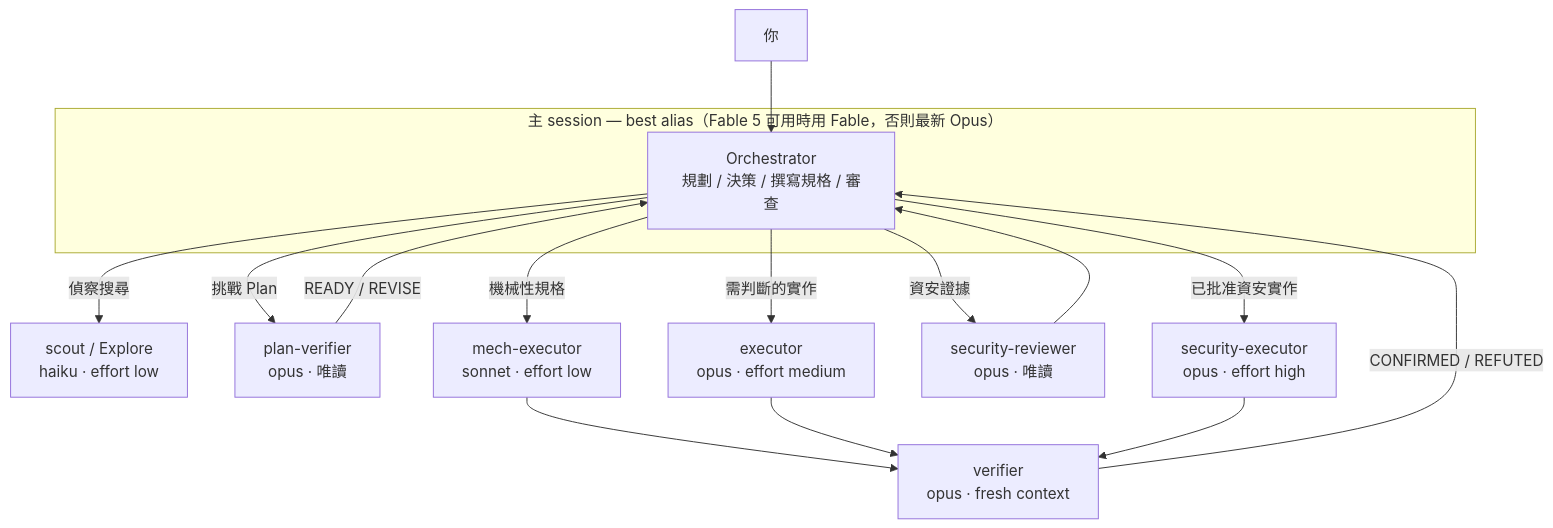
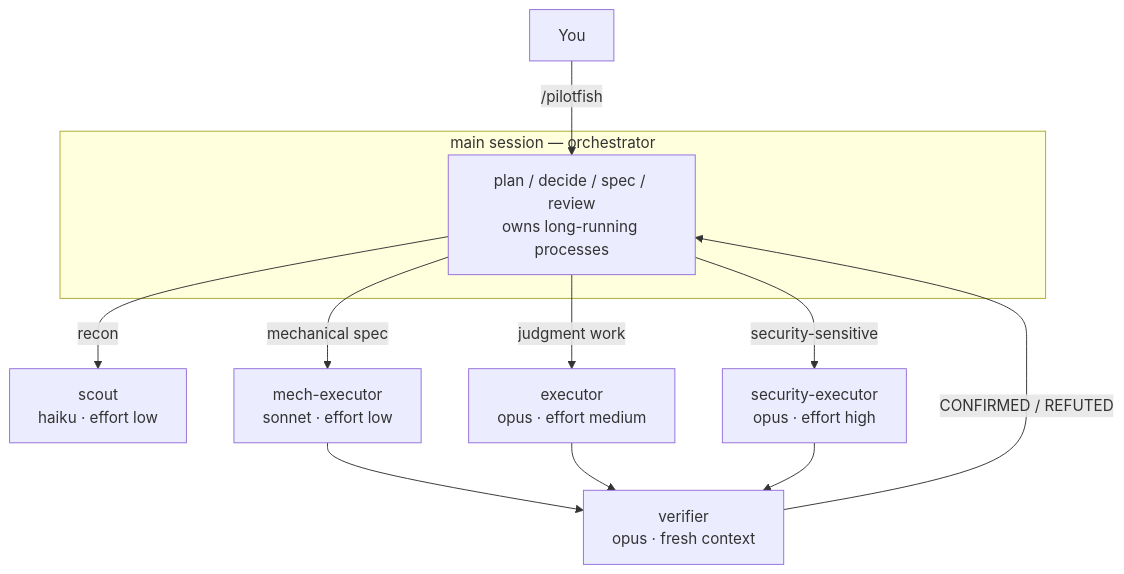
The diagram in README.zh-TW.md (Nanako0129/pilotfish), drawn with Mermaid before and after one commit. The commit also changed other lines of this file and 28 other files, not shown here.

````diff
--- a/README.zh-TW.md
+++ b/README.zh-TW.md
@@ -57,19 +60,15 @@
 ```mermaid
 flowchart TD
-    U[你] --> O
-    subgraph MAIN["主 session — best alias（Fable 5 可用時用 Fable，否則最新 Opus）"]
-        O["Orchestrator<br>規劃 / 決策 / 撰寫規格 / 審查"]
+    U[You] -->|/pilotfish| O
+    subgraph MAIN["main session — orchestrator"]
+        O["plan / decide / spec / review<br>owns long-running processes"]
     end
-    O -->|偵察搜尋| S["scout / Explore<br>haiku · effort low"]
-    O -->|挑戰 Plan| PV["plan-verifier<br>opus · 唯讀"]
-    PV -->|READY / REVISE| O
-    O -->|機械性規格| M["mech-executor<br>sonnet · effort low"]
-    O -->|需判斷的實作| E["executor<br>opus · effort medium"]
-    O -->|資安證據| SR["security-reviewer<br>opus · 唯讀"]
-    SR --> O
-    O -->|已批准資安實作| SEC["security-executor<br>opus · effort high"]
+    O -->|recon| S["scout<br>haiku · effort low"]
+    O -->|mechanical spec| M["mech-executor<br>sonnet · effort low"]
+    O -->|judgment work| E["executor<br>opus · effort medium"]
+    O -->|security-sensitive| SEC["security-executor<br>opus · effort high"]
     M --> V["verifier<br>opus · fresh context"]
     E --> V
     SEC --> V
     V -->|CONFIRMED / REFUTED| O
 ```
````
